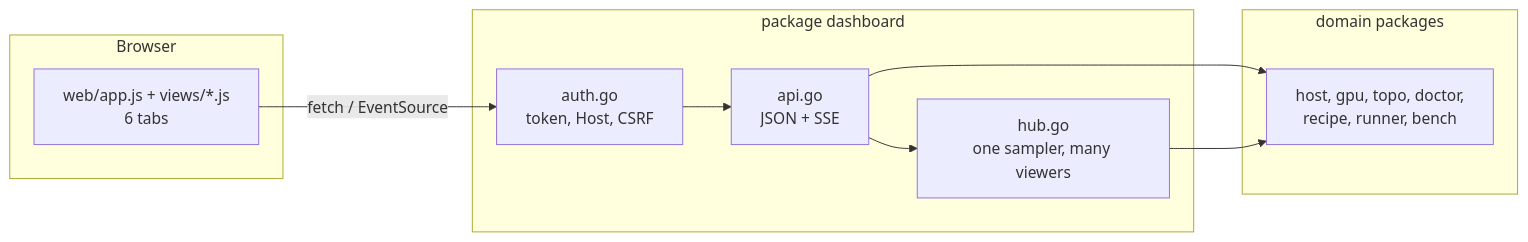
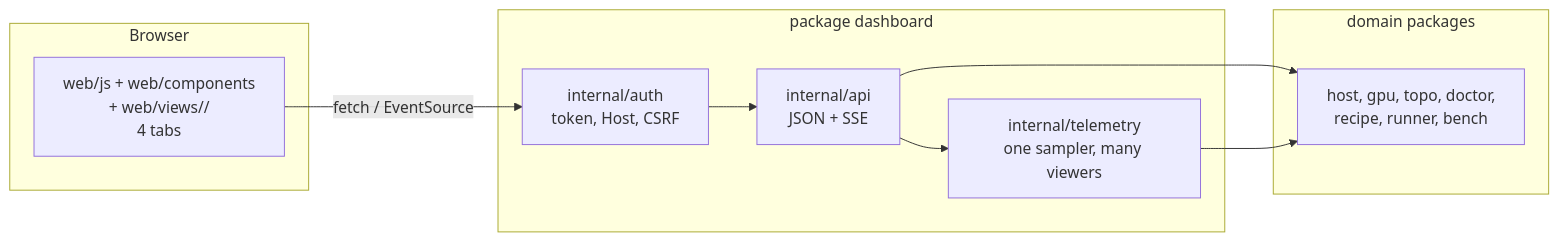
One commit to opengfx1030/bernie changed the diagram in dashboard/README.md. Above: the diagram before and after it, drawn with Mermaid. The commit also changed other lines of this file and 2 other files, not shown here.

Commit message:
dashboard: document the new layout and the four tabs

````diff
--- a/dashboard/README.md
+++ b/dashboard/README.md
@@ -26,18 +26,18 @@
 ```mermaid
 flowchart LR
   subgraph Browser
-    UI["web/app.js + views/*.js<br/>6 tabs"]
+    UI["web/js + web/components<br/>+ web/views/<tab>/<br/>4 tabs"]
   end
   subgraph "package dashboard"
-    API["api.go<br/>JSON + SSE"]
-    HUB["hub.go<br/>one sampler, many viewers"]
-    AUTH["auth.go<br/>token, Host, CSRF"]
+    API["internal/api<br/>JSON + SSE"]
+    HUB["internal/telemetry<br/>one sampler, many viewers"]
+    AUTH["internal/auth<br/>token, Host, CSRF"]
   end
   subgraph "domain packages"
     D["host, gpu, topo, doctor,<br/>recipe, runner, bench"]
   end
   UI -->|fetch / EventSource| AUTH --> API
   API --> D
   HUB --> D
   API --> HUB
 ```
````
